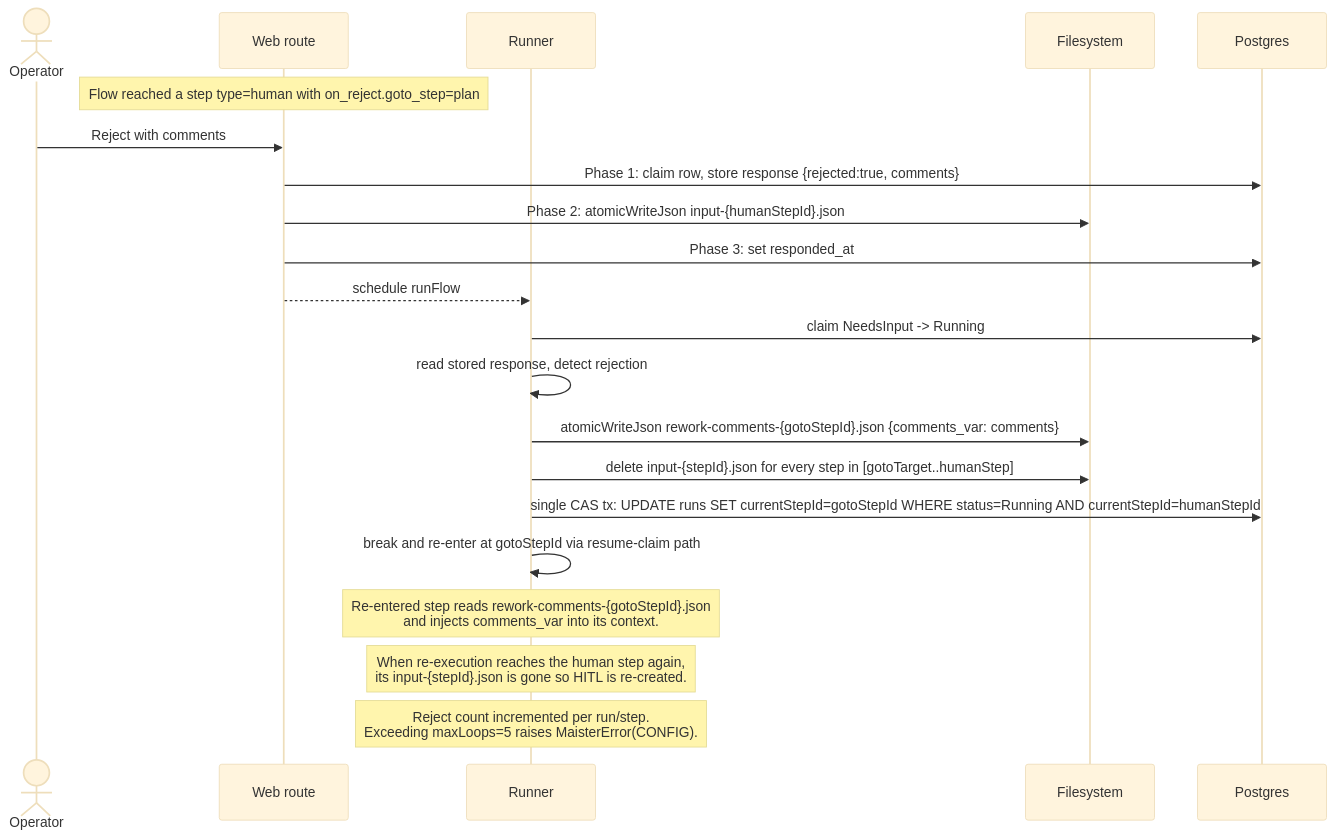
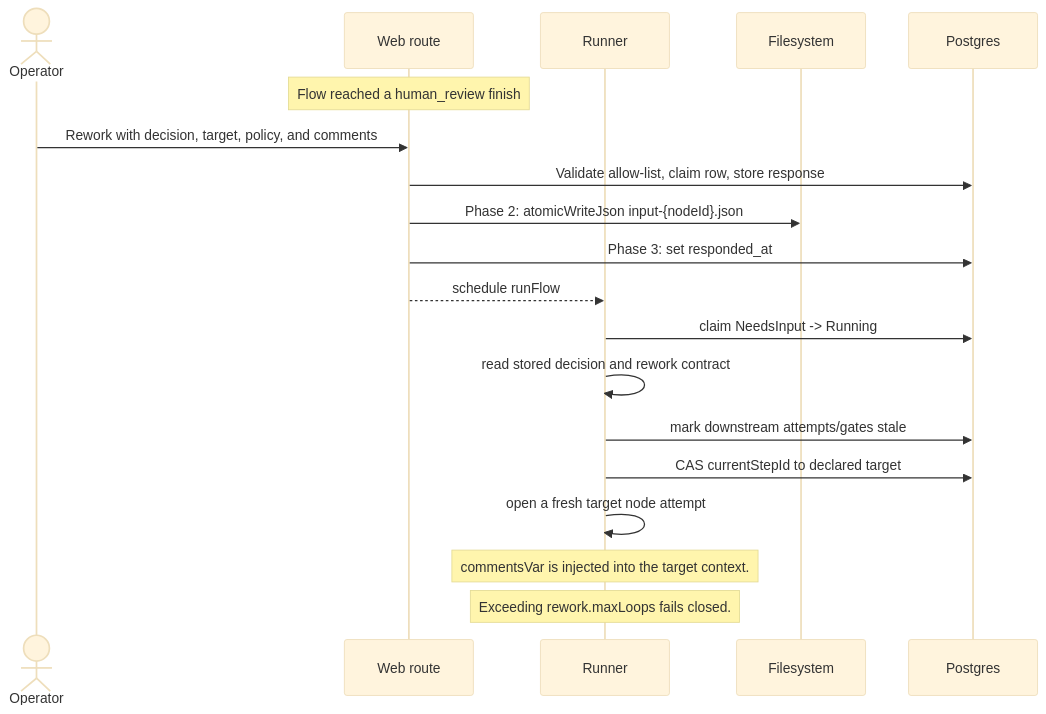
The fifth of 14 diagrams in docs/system-analytics/hitl.md (maister-dev/maister), drawn with Mermaid (base theme) before and after one commit. The commit also changed other lines of this file and 55 other files, not shown here.

````diff
--- a/docs/system-analytics/hitl.md
+++ b/docs/system-analytics/hitl.md
@@ -220,24 +211,22 @@
 ```mermaid
 sequenceDiagram
     actor U as Operator
     participant W as Web route
     participant R as Runner
     participant FS as Filesystem
     participant DB as Postgres
 
-    Note over W: Flow reached a step type=human with on_reject.goto_step=plan
-    U->>W: Reject with comments
-    W->>DB: Phase 1: claim row, store response {rejected:true, comments}
-    W->>FS: Phase 2: atomicWriteJson input-{humanStepId}.json
+    Note over W: Flow reached a human_review finish
+    U->>W: Rework with decision, target, policy, and comments
+    W->>DB: Validate allow-list, claim row, store response
+    W->>FS: Phase 2: atomicWriteJson input-{nodeId}.json
     W->>DB: Phase 3: set responded_at
     W-->>R: schedule runFlow
     R->>DB: claim NeedsInput -> Running
-    R->>R: read stored response, detect rejection
-    R->>FS: atomicWriteJson rework-comments-{gotoStepId}.json {comments_var: comments}
-    R->>FS: delete input-{stepId}.json for every step in [gotoTarget..humanStep]
-    R->>DB: single CAS tx: UPDATE runs SET currentStepId=gotoStepId WHERE status=Running AND currentStepId=humanStepId
-    R->>R: break and re-enter at gotoStepId via resume-claim path
-    Note over R: Re-entered step reads rework-comments-{gotoStepId}.json<br/>and injects comments_var into its context.
-    Note over R: When re-execution reaches the human step again,<br/>its input-{stepId}.json is gone so HITL is re-created.
-    Note over R: Reject count incremented per run/step.<br/>Exceeding maxLoops=5 raises MaisterError(CONFIG).
+    R->>R: read stored decision and rework contract
+    R->>DB: mark downstream attempts/gates stale
+    R->>DB: CAS currentStepId to declared target
+    R->>R: open a fresh target node attempt
+    Note over R: commentsVar is injected into the target context.
+    Note over R: Exceeding rework.maxLoops fails closed.
 ```
````
